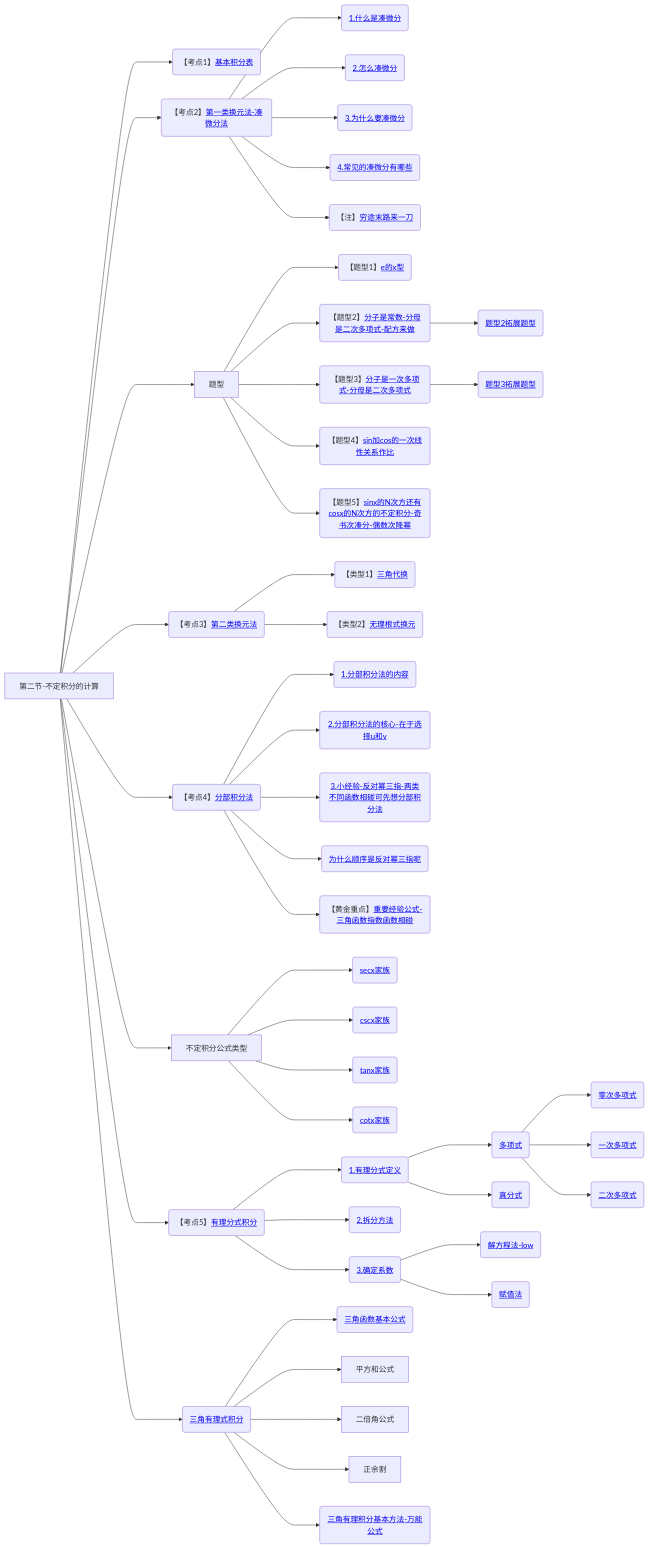
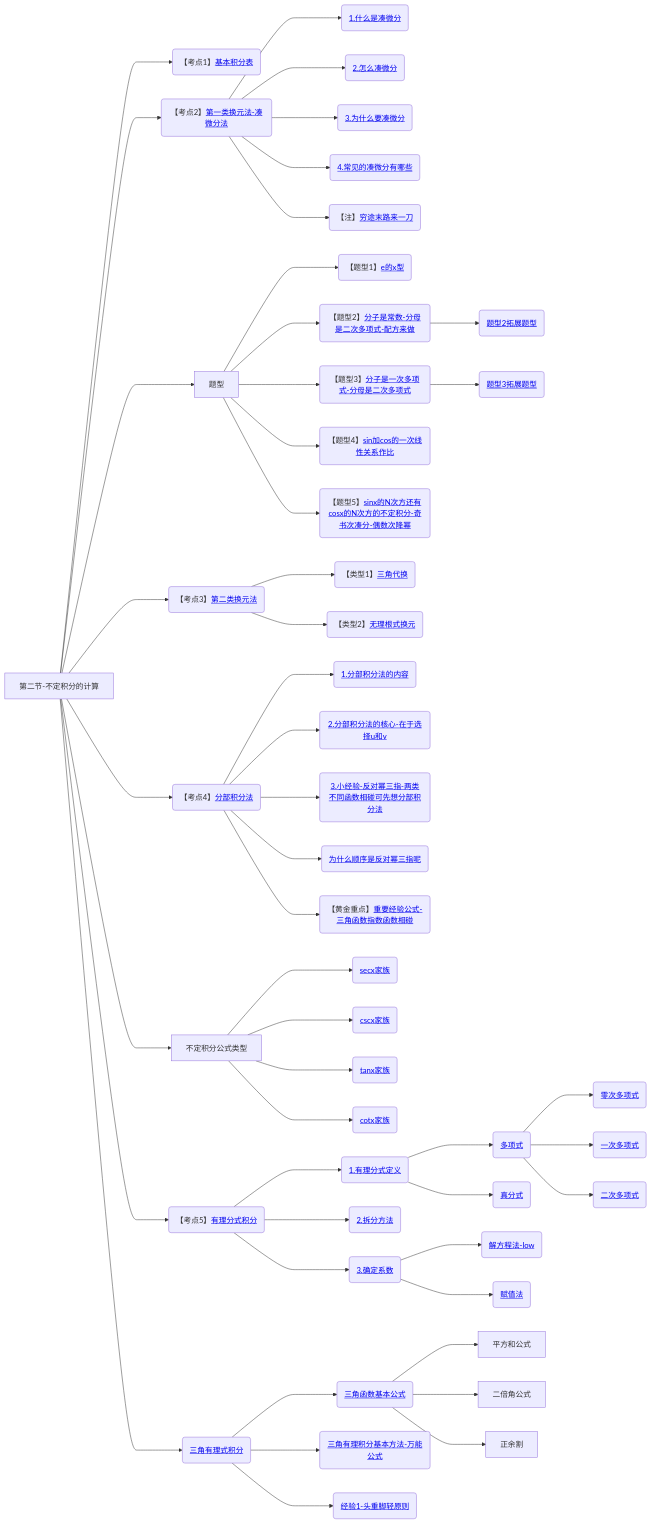
Diagram 18 of 18 in 笔记/数学/周洋鑫/01.基础班思维导图.md (yuebinghui/note), drawn with Mermaid before and after one commit. The commit also changed 6 other files, not shown here.

````diff
--- a/笔记/数学/周洋鑫/01.基础班思维导图.md
+++ b/笔记/数学/周洋鑫/01.基础班思维导图.md
@@ -625,58 +625,59 @@
 ```mermaid
 graph LR
 第二节-不定积分的计算
 
 第二节-不定积分的计算--->基本积分表(【考点1】<a href="/Users/yuebinghui/Documents/program/github/note/笔记/数学/周洋鑫/基础班/18.不定积分_1.md#基本积分表">基本积分表</>)
 
 第二节-不定积分的计算--->第一类换元法-凑微分法(【考点2】<a href="/Users/yuebinghui/Documents/program/github/note/笔记/数学/周洋鑫/基础班/18.不定积分_1.md#第一类换元法-凑微分法">第一类换元法-凑微分法</>)
 第一类换元法-凑微分法--->1.什么是凑微分(<a href="/Users/yuebinghui/Documents/program/github/note/笔记/数学/周洋鑫/基础班/18.不定积分_1.md#1.什么是凑微分">1.什么是凑微分</>)
 第一类换元法-凑微分法--->2.怎么凑微分(<a href="/Users/yuebinghui/Documents/program/github/note/笔记/数学/周洋鑫/基础班/18.不定积分_1.md#2.怎么凑微分">2.怎么凑微分</>)
 第一类换元法-凑微分法--->3.为什么要凑微分(<a href="/Users/yuebinghui/Documents/program/github/note/笔记/数学/周洋鑫/基础班/18.不定积分_1.md#3.为什么要凑微分">3.为什么要凑微分</>)
 第一类换元法-凑微分法--->4.常见的凑微分有哪些(<a href="/Users/yuebinghui/Documents/program/github/note/笔记/数学/周洋鑫/基础班/18.不定积分_1.md#4.常见的凑微分有哪些">4.常见的凑微分有哪些</>)
 第一类换元法-凑微分法--->穷途末路来一刀(【注】<a href="/Users/yuebinghui/Documents/program/github/note/笔记/数学/周洋鑫/基础班/18.不定积分_1.md#穷途末路来一刀">穷途末路来一刀</>)
 
 第二节-不定积分的计算--->题型
 题型--->e的x型(【题型1】<a href="/Users/yuebinghui/Documents/program/github/note/笔记/数学/周洋鑫/基础班/18.不定积分_1.md#e的x型">e的x型</>)
 题型--->分子是常数-分母是二次多项式-配方来做(【题型2】<a href="/Users/yuebinghui/Documents/program/github/note/笔记/数学/周洋鑫/基础班/19.不定积分_2.md#分子是常数-分母是二次多项式-配方来做">分子是常数-分母是二次多项式-配方来做</>)
 分子是常数-分母是二次多项式-配方来做--->题型2拓展题型(<a href="/Users/yuebinghui/Documents/program/github/note/笔记/数学/周洋鑫/基础班/19.不定积分_2.md#题型2拓展题型">题型2拓展题型</>)
 题型--->分子是一次多项式-分母是二次多项式(【题型3】<a href="/Users/yuebinghui/Documents/program/github/note/笔记/数学/周洋鑫/基础班/19.不定积分_2.md#分子是一次多项式-分母是二次多项式">分子是一次多项式-分母是二次多项式</>)
 分子是一次多项式-分母是二次多项式--->题型3拓展题型(<a href="/Users/yuebinghui/Documents/program/github/note/笔记/数学/周洋鑫/基础班/19.不定积分_2.md#题型3拓展题型">题型3拓展题型</>)
 题型--->sin加cos的一次线性关系作比(【题型4】<a href="/Users/yuebinghui/Documents/program/github/note/笔记/数学/周洋鑫/基础班/19.不定积分_2.md#sin加cos的一次线性关系作比">sin加cos的一次线性关系作比</>)
 题型--->sinx的N次方还有cosx的N次方的不定积分-奇书次凑分-偶数次降幂(【题型5】<a href="/Users/yuebinghui/Documents/program/github/note/笔记/数学/周洋鑫/基础班/19.不定积分_2.md#sinx的N次方还有cosx的N次方的不定积分-奇书次凑分-偶数次降幂">sinx的N次方还有cosx的N次方的不定积分-奇书次凑分-偶数次降幂</>)
 
 第二节-不定积分的计算--->第二类换元法(【考点3】<a href="/Users/yuebinghui/Documents/program/github/note/笔记/数学/周洋鑫/基础班/19.不定积分_2.md#第二类换元法">第二类换元法</>)
 第二类换元法--->三角代换(【类型1】<a href="/Users/yuebinghui/Documents/program/github/note/笔记/数学/周洋鑫/基础班/19.不定积分_2.md#三角代换">三角代换</>)
 第二类换元法--->无理根式换元(【类型2】<a href="/Users/yuebinghui/Documents/program/github/note/笔记/数学/周洋鑫/基础班/19.不定积分_2.md#无理根式换元">无理根式换元</>)
 
 第二节-不定积分的计算--->分部积分法(【考点4】<a href="/Users/yuebinghui/Documents/program/github/note/笔记/数学/周洋鑫/基础班/19.不定积分_2.md#分部积分法">分部积分法</>)
 分部积分法--->1.分部积分法的内容(<a href="/Users/yuebinghui/Documents/program/github/note/笔记/数学/周洋鑫/基础班/19.不定积分_2.md#1.分部积分法的内容">1.分部积分法的内容</>)
 分部积分法--->2.分部积分法的核心-在于选择u和v(<a href="/Users/yuebinghui/Documents/program/github/note/笔记/数学/周洋鑫/基础班/19.不定积分_2.md#2.分部积分法的核心-在于选择u和v">2.分部积分法的核心-在于选择u和v</>)
 分部积分法--->3.小经验-反对幂三指-两类不同函数相碰可先想分部积分法(<a href="/Users/yuebinghui/Documents/program/github/note/笔记/数学/周洋鑫/基础班/19.不定积分_2.md#3.小经验-反对幂三指-两类不同函数相碰可先想分部积分法">3.小经验-反对幂三指-两类不同函数相碰可先想分部积分法</>)
 分部积分法--->为什么顺序是反对幂三指呢(<a href="/Users/yuebinghui/Documents/program/github/note/笔记/数学/周洋鑫/基础班/19.不定积分_2.md#为什么顺序是反对幂三指呢">为什么顺序是反对幂三指呢</>)
 分部积分法--->重要经验公式-三角函数指数函数相碰(【黄金重点】<a href="/Users/yuebinghui/Documents/program/github/note/笔记/数学/周洋鑫/基础班/19.不定积分_2.md#重要经验公式-三角函数指数函数相碰">重要经验公式-三角函数指数函数相碰</>)
 
 第二节-不定积分的计算--->不定积分公式类型
 不定积分公式类型--->secx家族(<a href="/Users/yuebinghui/Documents/program/github/note/笔记/数学/周洋鑫/基础班/20.不定积分_3.md#secx家族">secx家族</>)
 不定积分公式类型--->cscx家族(<a href="/Users/yuebinghui/Documents/program/github/note/笔记/数学/周洋鑫/基础班/20.不定积分_3.md#cscx家族">cscx家族</>)
 不定积分公式类型--->tanx家族(<a href="/Users/yuebinghui/Documents/program/github/note/笔记/数学/周洋鑫/基础班/20.不定积分_3.md#tanx家族">tanx家族</>)
 不定积分公式类型--->cotx家族(<a href="/Users/yuebinghui/Documents/program/github/note/笔记/数学/周洋鑫/基础班/20.不定积分_3.md#cotx家族">cotx家族</>)
 
 第二节-不定积分的计算--->有理分式积分(【考点5】<a href="/Users/yuebinghui/Documents/program/github/note/笔记/数学/周洋鑫/基础班/20.不定积分_3.md#有理分式积分">有理分式积分</>)
 有理分式积分--->1.有理分式定义(<a href="/Users/yuebinghui/Documents/program/github/note/笔记/数学/周洋鑫/基础班/20.不定积分_3.md#1.有理分式定义">1.有理分式定义</>)
 1.有理分式定义--->多项式(<a href="/Users/yuebinghui/Documents/program/github/note/笔记/数学/周洋鑫/基础班/20.不定积分_3.md#多项式">多项式</>)
 多项式--->零次多项式(<a href="/Users/yuebinghui/Documents/program/github/note/笔记/数学/周洋鑫/基础班/20.不定积分_3.md#零次多项式">零次多项式</>)
 多项式--->一次多项式(<a href="/Users/yuebinghui/Documents/program/github/note/笔记/数学/周洋鑫/基础班/20.不定积分_3.md#一次多项式">一次多项式</>)
 多项式--->二次多项式(<a href="/Users/yuebinghui/Documents/program/github/note/笔记/数学/周洋鑫/基础班/20.不定积分_3.md#二次多项式">二次多项式</>)
 1.有理分式定义--->真分式(<a href="/Users/yuebinghui/Documents/program/github/note/笔记/数学/周洋鑫/基础班/20.不定积分_3.md#真分式">真分式</>)
 有理分式积分--->2.拆分方法(<a href="/Users/yuebinghui/Documents/program/github/note/笔记/数学/周洋鑫/基础班/20.不定积分_3.md#2.拆分方法">2.拆分方法</>)
 有理分式积分--->3.确定系数(<a href="/Users/yuebinghui/Documents/program/github/note/笔记/数学/周洋鑫/基础班/20.不定积分_3.md#3.确定系数">3.确定系数</>)
 3.确定系数--->解方程法-low(<a href="/Users/yuebinghui/Documents/program/github/note/笔记/数学/周洋鑫/基础班/20.不定积分_3.md#解方程法-low">解方程法-low</>)
 3.确定系数--->赋值法(<a href="/Users/yuebinghui/Documents/program/github/note/笔记/数学/周洋鑫/基础班/20.不定积分_3.md#赋值法">赋值法</>)
 
 第二节-不定积分的计算--->三角有理式积分(<a href="/Users/yuebinghui/Documents/program/github/note/笔记/数学/周洋鑫/基础班/20.不定积分_3.md#三角有理式积分">三角有理式积分</>)
 三角有理式积分--->三角函数基本公式(<a href="/Users/yuebinghui/Documents/program/github/note/笔记/数学/周洋鑫/基础班/20.不定积分_3.md#三角函数基本公式">三角函数基本公式</>)
-三角有理式积分--->平方和公式
-三角有理式积分--->二倍角公式
-三角有理式积分--->正余割
+三角函数基本公式--->平方和公式
+三角函数基本公式--->二倍角公式
+三角函数基本公式--->正余割
 三角有理式积分--->三角有理积分基本方法-万能公式(<a href="/Users/yuebinghui/Documents/program/github/note/笔记/数学/周洋鑫/基础班/20.不定积分_3.md#三角有理积分基本方法-万能公式">三角有理积分基本方法-万能公式</>)
+三角有理式积分--->经验1-头重脚轻原则(<a href="/Users/yuebinghui/Documents/program/github/note/笔记/数学/周洋鑫/基础班/20.不定积分_3.md#经验1-头重脚轻原则">经验1-头重脚轻原则</>)
 ```
````
